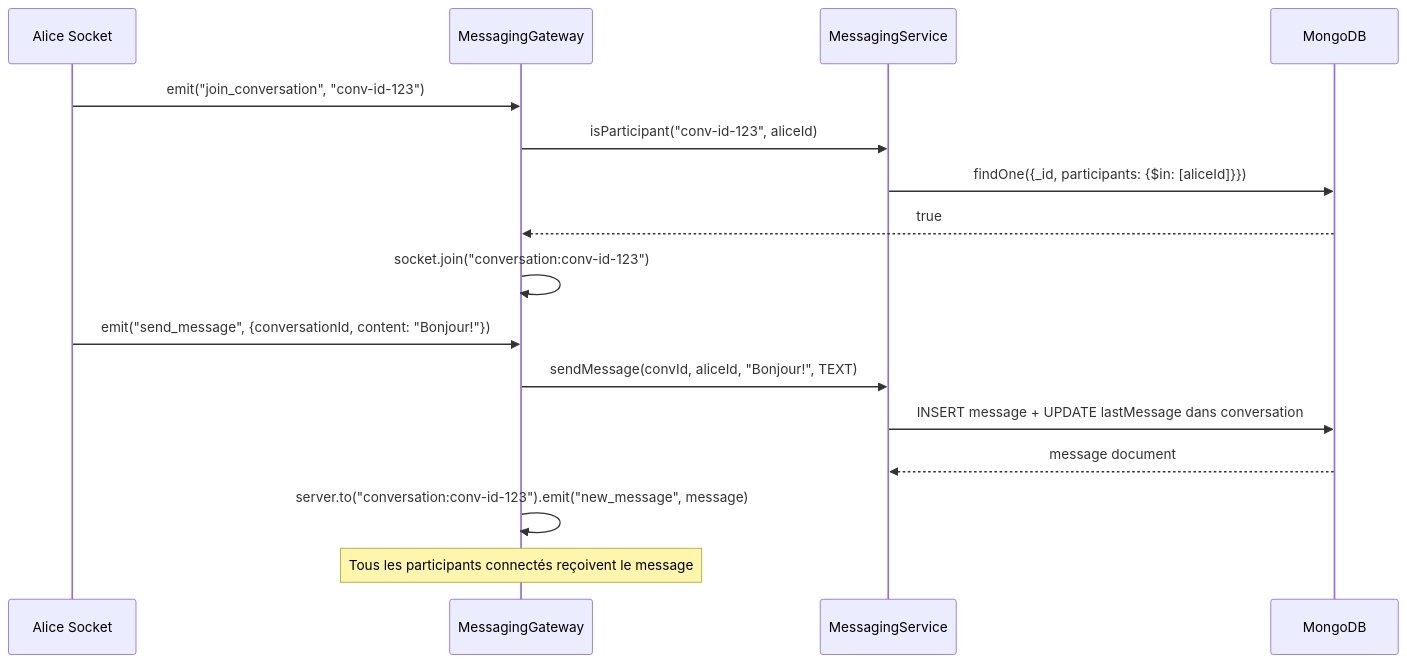
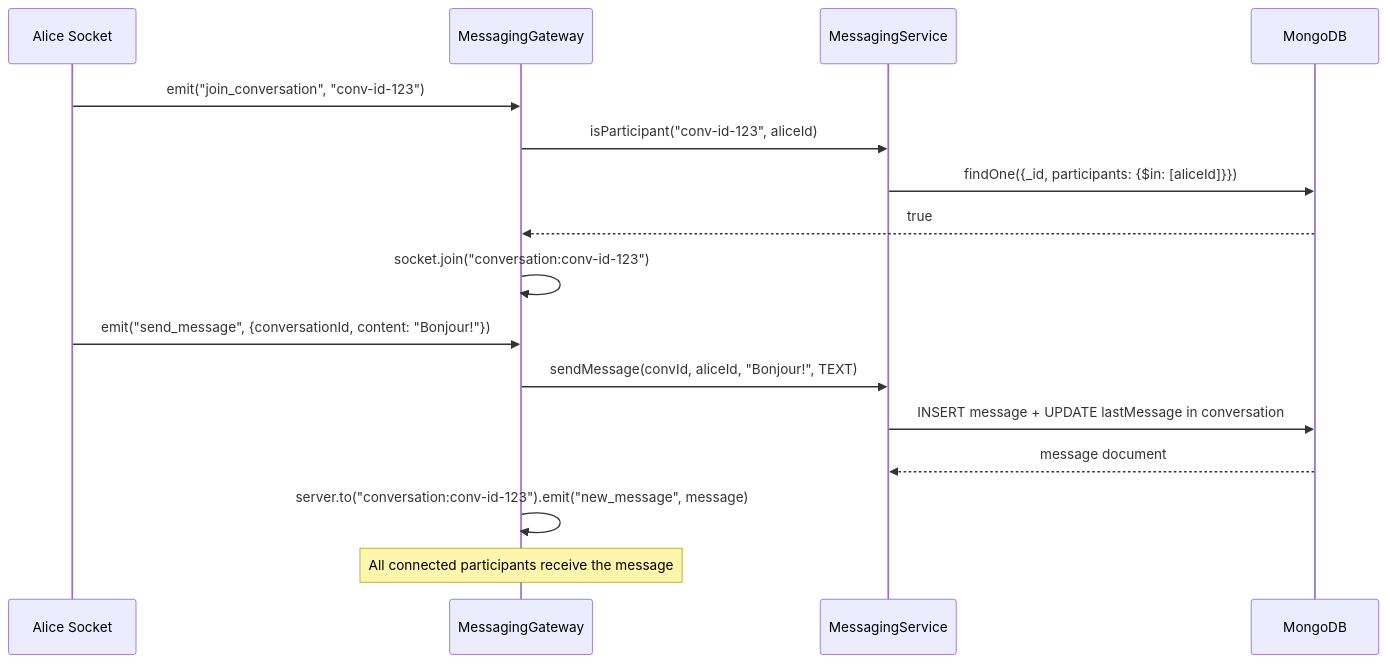
One commit to creibaud/QuartierConnect changed the sixth of 13 diagrams in docs/RAPPORT-TECHNIQUE.md. Above: the diagram before and after it, drawn with Mermaid. The commit also changed other lines of this file and 155 other files, not shown here.

````diff
--- a/docs/RAPPORT-TECHNIQUE.md
+++ b/docs/RAPPORT-TECHNIQUE.md
@@ -448,20 +448,20 @@
 ```mermaid
 sequenceDiagram
     participant A as Alice Socket
     participant GW as MessagingGateway
     participant SVC as MessagingService
     participant M as MongoDB
 
     A->>GW: emit("join_conversation", "conv-id-123")
     GW->>SVC: isParticipant("conv-id-123", aliceId)
     SVC->>M: findOne({_id, participants: {$in: [aliceId]}})
     M-->>GW: true
     GW->>GW: socket.join("conversation:conv-id-123")
 
     A->>GW: emit("send_message", {conversationId, content: "Bonjour!"})
     GW->>SVC: sendMessage(convId, aliceId, "Bonjour!", TEXT)
-    SVC->>M: INSERT message + UPDATE lastMessage dans conversation
+    SVC->>M: INSERT message + UPDATE lastMessage in conversation
     M-->>SVC: message document
     GW->>GW: server.to("conversation:conv-id-123").emit("new_message", message)
-    Note over GW: Tous les participants connectés reçoivent le message
+    Note over GW: All connected participants receive the message
 ```
````
